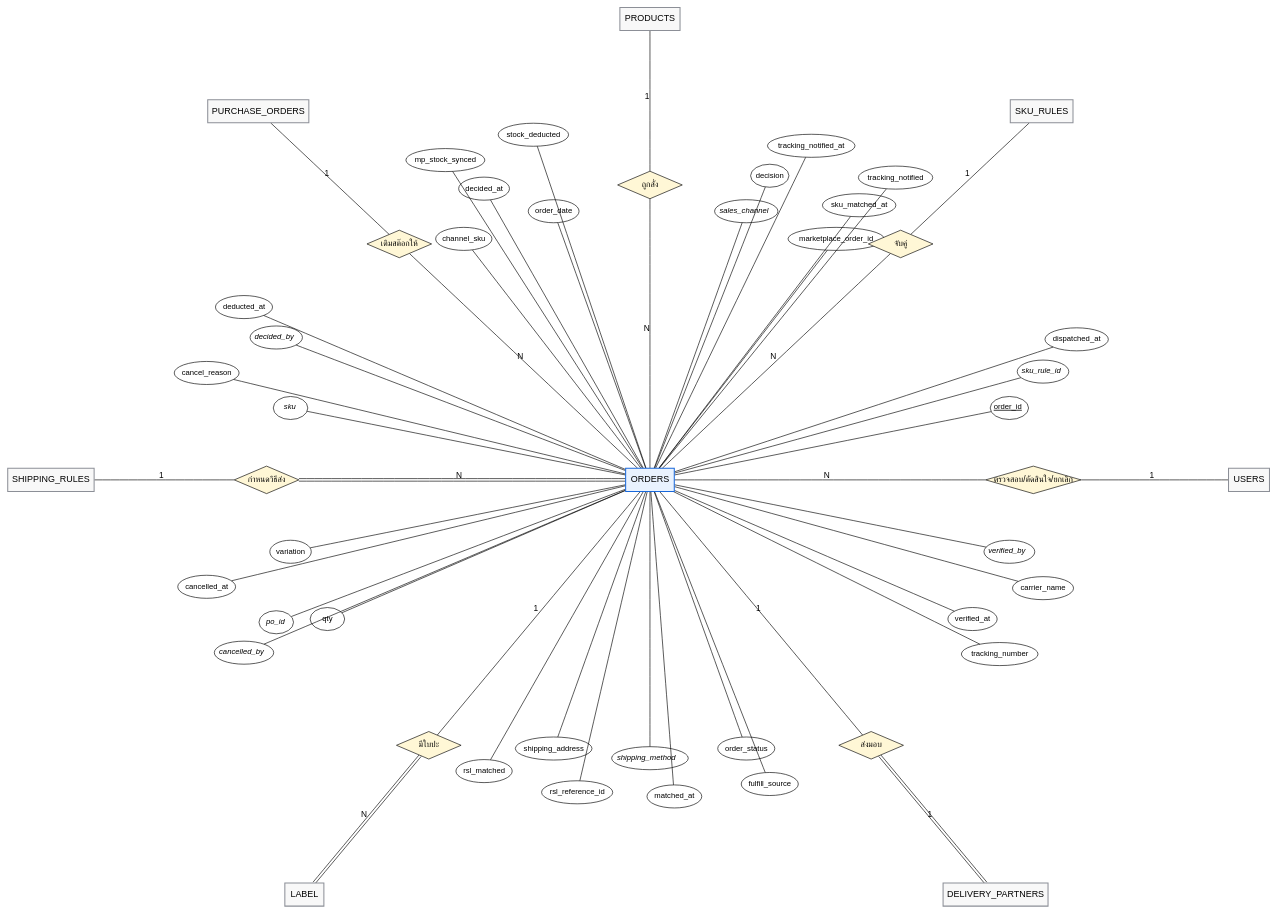
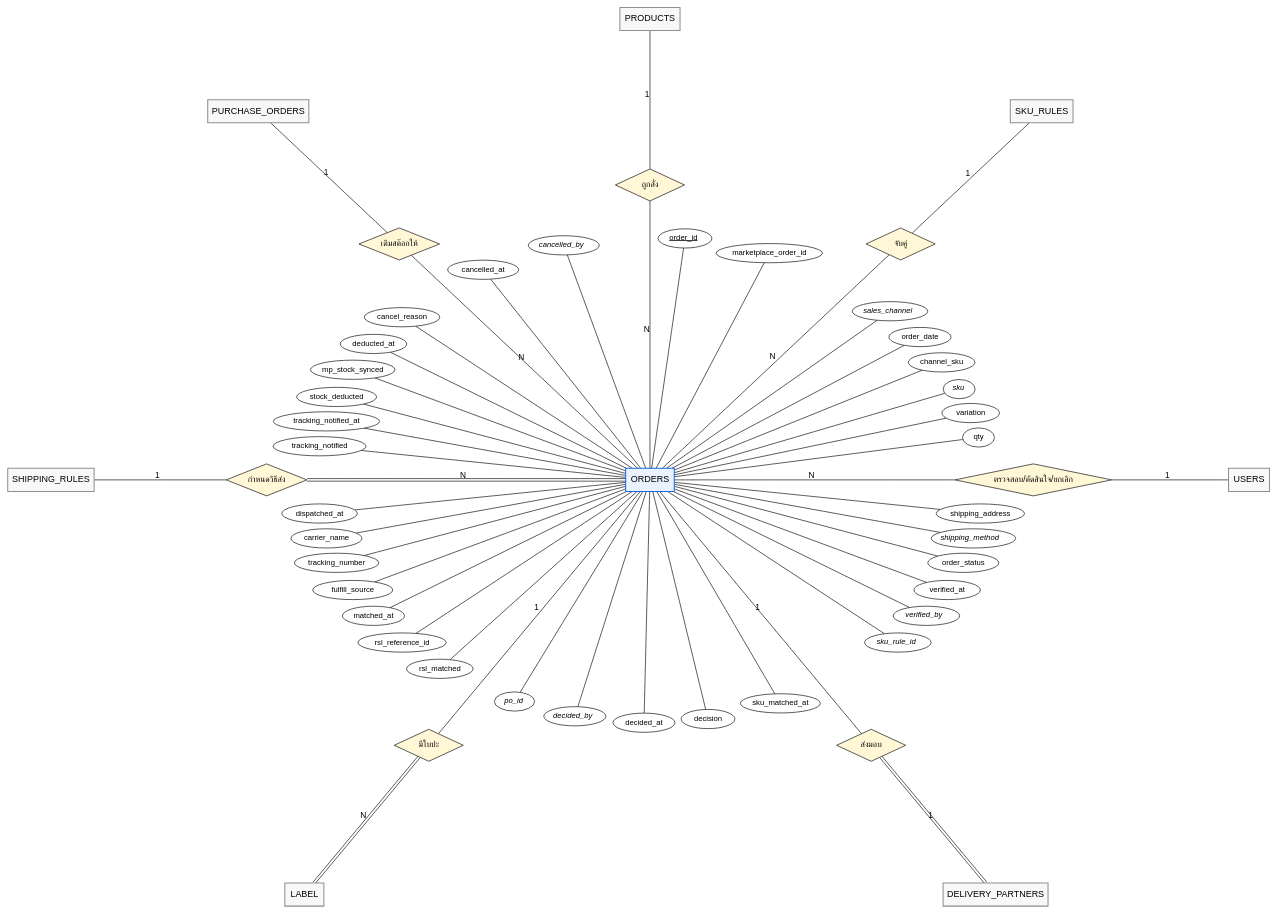
Before and after one commit to xbpkdi/321-sa-proj: the diagram in 04-chapter2-diagrams-database/diagrams/src/er-1.dot, drawn with Graphviz. The commit also changed 30 other files, not shown here.

Commit message:
docs: stop er attributes overlapping, split state and class diagrams

```diff
--- a/04-chapter2-diagrams-database/diagrams/src/er-1.dot
+++ b/04-chapter2-diagrams-database/diagrams/src/er-1.dot
@@ -1,101 +1,101 @@
 graph ER {
   layout=neato; overlap=true; splines=line; outputorder=edgesfirst;
   node [fontname="Helvetica", fontsize=14]; edge [fontname="Helvetica", fontsize=13];
+  "rel0" [pos="0.00,6.40!", shape=diamond, style=filled, fillcolor="#fff7d6", label="ถูกสั่ง", fontsize=13, fixedsize=true, width=1.50, height=0.7];
+  "products" -- "rel0" [label="1"];
+  "rel0" -- "orders" [label="N"];
+  "rel1" [pos="5.44,5.12!", shape=diamond, style=filled, fillcolor="#fff7d6", label="จับคู่", fontsize=13, fixedsize=true, width=1.50, height=0.7];
+  "sku_rules" -- "rel1" [label="1"];
+  "rel1" -- "orders" [label="N"];
+  "rel2" [pos="-5.44,5.12!", shape=diamond, style=filled, fillcolor="#fff7d6", label="เติมสต๊อกให้", fontsize=13, fixedsize=true, width=1.75, height=0.7];
+  "purchase_orders" -- "rel2" [label="1"];
+  "rel2" -- "orders" [label="N"];
+  "rel3" [pos="-8.32,0.00!", shape=diamond, style=filled, fillcolor="#fff7d6", label="กำหนดวิธีส่ง", fontsize=13, fixedsize=true, width=1.75, height=0.7];
+  "shipping_rules" -- "rel3" [label="1"];
+  "rel3" -- "orders" [label="N", color="black:invis:black"];
+  "rel4" [pos="8.32,0.00!", shape=diamond, style=filled, fillcolor="#fff7d6", label="ตรวจสอบ/ตัดสินใจ/ยกเลิก", fontsize=13, fixedsize=true, width=3.40, height=0.7];
+  "users" -- "rel4" [label="1"];
+  "rel4" -- "orders" [label="N"];
+  "rel5" [pos="-4.80,-5.76!", shape=diamond, style=filled, fillcolor="#fff7d6", label="มีใบปะ", fontsize=13, fixedsize=true, width=1.50, height=0.7];
+  "orders" -- "rel5" [label="1"];
+  "rel5" -- "label" [label="N", color="black:invis:black"];
+  "rel6" [pos="4.80,-5.76!", shape=diamond, style=filled, fillcolor="#fff7d6", label="ส่งมอบ", fontsize=13, fixedsize=true, width=1.50, height=0.7];
+  "orders" -- "rel6" [label="1"];
+  "rel6" -- "delivery_partners" [label="1", color="black:invis:black"];
   "users" [pos="13.00,0.00!", shape=box, style="filled", fillcolor="#f8f8f8", color="#8c8f97", penwidth=1.6, label="USERS"];
   "products" [pos="0.00,10.00!", shape=box, style="filled", fillcolor="#f8f8f8", color="#8c8f97", penwidth=1.6, label="PRODUCTS"];
   "sku_rules" [pos="8.50,8.00!", shape=box, style="filled", fillcolor="#f8f8f8", color="#8c8f97", penwidth=1.6, label="SKU_RULES"];
   "purchase_orders" [pos="-8.50,8.00!", shape=box, style="filled", fillcolor="#f8f8f8", color="#8c8f97", penwidth=1.6, label="PURCHASE_ORDERS"];
   "shipping_rules" [pos="-13.00,0.00!", shape=box, style="filled", fillcolor="#f8f8f8", color="#8c8f97", penwidth=1.6, label="SHIPPING_RULES"];
   "orders" [pos="0.00,0.00!", shape=box, style="filled", fillcolor="#e9f2fe", color="#1868db", penwidth=1.6, label="ORDERS"];
-  "orders.order_id" [pos="7.80,1.56!", shape=ellipse, label=<<u>order_id</u>>, fontsize=12, margin="0.04,0.02"];
+  "orders.order_id" [pos="0.76,5.24!", shape=ellipse, style=filled, fillcolor=white, label=<<u>order_id</u>>, fontsize=12, fixedsize=true, width=1.16, height=0.42];
   "orders" -- "orders.order_id";
-  "orders.marketplace_order_id" [pos="4.04,5.23!", shape=ellipse, label="marketplace_order_id", fontsize=12, margin="0.04,0.02"];
+  "orders.marketplace_order_id" [pos="2.59,4.92!", shape=ellipse, style=filled, fillcolor=white, label="marketplace_order_id", fontsize=12, fixedsize=true, width=2.30, height=0.42];
   "orders" -- "orders.marketplace_order_id";
-  "orders.sales_channel" [pos="2.09,5.83!", shape=ellipse, label=<<i>sales_channel</i>>, fontsize=12, margin="0.04,0.02"];
+  "orders.sales_channel" [pos="5.21,3.66!", shape=ellipse, style=filled, fillcolor=white, label=<<i>sales_channel</i>>, fontsize=12, fixedsize=true, width=1.64, height=0.42];
   "orders" -- "orders.sales_channel";
-  "orders.order_date" [pos="-2.09,5.83!", shape=ellipse, label="order_date", fontsize=12, margin="0.04,0.02"];
+  "orders.order_date" [pos="5.86,3.10!", shape=ellipse, style=filled, fillcolor=white, label="order_date", fontsize=12, fixedsize=true, width=1.35, height=0.42];
   "orders" -- "orders.order_date";
-  "orders.channel_sku" [pos="-4.04,5.23!", shape=ellipse, label="channel_sku", fontsize=12, margin="0.04,0.02"];
+  "orders.channel_sku" [pos="6.33,2.55!", shape=ellipse, style=filled, fillcolor=white, label="channel_sku", fontsize=12, fixedsize=true, width=1.44, height=0.42];
   "orders" -- "orders.channel_sku";
-  "orders.sku" [pos="-7.80,1.56!", shape=ellipse, label=<<i>sku</i>>, fontsize=12, margin="0.04,0.02"];
+  "orders.sku" [pos="6.71,1.97!", shape=ellipse, style=filled, fillcolor=white, label=<<i>sku</i>>, fontsize=12, fixedsize=true, width=0.69, height=0.42];
   "orders" -- "orders.sku";
-  "orders.variation" [pos="-7.80,-1.56!", shape=ellipse, label="variation", fontsize=12, margin="0.04,0.02"];
+  "orders.variation" [pos="6.96,1.45!", shape=ellipse, style=filled, fillcolor=white, label="variation", fontsize=12, fixedsize=true, width=1.25, height=0.42];
   "orders" -- "orders.variation";
-  "orders.qty" [pos="-7.00,-3.02!", shape=ellipse, label="qty", fontsize=12, margin="0.04,0.02"];
+  "orders.qty" [pos="7.13,0.92!", shape=ellipse, style=filled, fillcolor=white, label="qty", fontsize=12, fixedsize=true, width=0.69, height=0.42];
   "orders" -- "orders.qty";
-  "orders.shipping_address" [pos="-2.09,-5.83!", shape=ellipse, label="shipping_address", fontsize=12, margin="0.04,0.02"];
+  "orders.shipping_address" [pos="7.17,-0.73!", shape=ellipse, style=filled, fillcolor=white, label="shipping_address", fontsize=12, fixedsize=true, width=1.92, height=0.42];
   "orders" -- "orders.shipping_address";
-  "orders.shipping_method" [pos="-0.00,-6.04!", shape=ellipse, label=<<i>shipping_method</i>>, fontsize=12, margin="0.04,0.02"];
+  "orders.shipping_method" [pos="7.02,-1.27!", shape=ellipse, style=filled, fillcolor=white, label=<<i>shipping_method</i>>, fontsize=12, fixedsize=true, width=1.83, height=0.42];
   "orders" -- "orders.shipping_method";
-  "orders.order_status" [pos="2.09,-5.83!", shape=ellipse, label="order_status", fontsize=12, margin="0.04,0.02"];
+  "orders.order_status" [pos="6.80,-1.80!", shape=ellipse, style=filled, fillcolor=white, label="order_status", fontsize=12, fixedsize=true, width=1.54, height=0.42];
   "orders" -- "orders.order_status";
-  "orders.verified_at" [pos="7.00,-3.02!", shape=ellipse, label="verified_at", fontsize=12, margin="0.04,0.02"];
+  "orders.verified_at" [pos="6.45,-2.39!", shape=ellipse, style=filled, fillcolor=white, label="verified_at", fontsize=12, fixedsize=true, width=1.44, height=0.42];
   "orders" -- "orders.verified_at";
-  "orders.verified_by" [pos="7.80,-1.56!", shape=ellipse, label=<<i>verified_by</i>>, fontsize=12, margin="0.04,0.02"];
+  "orders.verified_by" [pos="6.00,-2.95!", shape=ellipse, style=filled, fillcolor=white, label=<<i>verified_by</i>>, fontsize=12, fixedsize=true, width=1.44, height=0.42];
   "orders" -- "orders.verified_by";
-  "orders.sku_rule_id" [pos="8.53,2.35!", shape=ellipse, label=<<i>sku_rule_id</i>>, fontsize=12, margin="0.04,0.02"];
+  "orders.sku_rule_id" [pos="5.38,-3.53!", shape=ellipse, style=filled, fillcolor=white, label=<<i>sku_rule_id</i>>, fontsize=12, fixedsize=true, width=1.44, height=0.42];
   "orders" -- "orders.sku_rule_id";
-  "orders.sku_matched_at" [pos="4.54,5.96!", shape=ellipse, label="sku_matched_at", fontsize=12, margin="0.04,0.02"];
+  "orders.sku_matched_at" [pos="2.83,-4.85!", shape=ellipse, style=filled, fillcolor=white, label="sku_matched_at", fontsize=12, fixedsize=true, width=1.73, height=0.42];
   "orders" -- "orders.sku_matched_at";
-  "orders.decision" [pos="2.60,6.60!", shape=ellipse, label="decision", fontsize=12, margin="0.04,0.02"];
+  "orders.decision" [pos="1.26,-5.19!", shape=ellipse, style=filled, fillcolor=white, label="decision", fontsize=12, fixedsize=true, width=1.16, height=0.42];
   "orders" -- "orders.decision";
-  "orders.decided_at" [pos="-3.60,6.32!", shape=ellipse, label="decided_at", fontsize=12, margin="0.04,0.02"];
+  "orders.decided_at" [pos="-0.13,-5.27!", shape=ellipse, style=filled, fillcolor=white, label="decided_at", fontsize=12, fixedsize=true, width=1.35, height=0.42];
   "orders" -- "orders.decided_at";
-  "orders.decided_by" [pos="-8.11,3.09!", shape=ellipse, label=<<i>decided_by</i>>, fontsize=12, margin="0.04,0.02"];
+  "orders.decided_by" [pos="-1.63,-5.13!", shape=ellipse, style=filled, fillcolor=white, label=<<i>decided_by</i>>, fontsize=12, fixedsize=true, width=1.35, height=0.42];
   "orders" -- "orders.decided_by";
-  "orders.po_id" [pos="-8.11,-3.09!", shape=ellipse, label=<<i>po_id</i>>, fontsize=12, margin="0.04,0.02"];
+  "orders.po_id" [pos="-2.94,-4.81!", shape=ellipse, style=filled, fillcolor=white, label=<<i>po_id</i>>, fontsize=12, fixedsize=true, width=0.88, height=0.42];
   "orders" -- "orders.po_id";
-  "orders.rsl_matched" [pos="-3.60,-6.32!", shape=ellipse, label="rsl_matched", fontsize=12, margin="0.04,0.02"];
+  "orders.rsl_matched" [pos="-4.56,-4.10!", shape=ellipse, style=filled, fillcolor=white, label="rsl_matched", fontsize=12, fixedsize=true, width=1.44, height=0.42];
   "orders" -- "orders.rsl_matched";
-  "orders.rsl_reference_id" [pos="-1.58,-6.78!", shape=ellipse, label="rsl_reference_id", fontsize=12, margin="0.04,0.02"];
+  "orders.rsl_reference_id" [pos="-5.38,-3.53!", shape=ellipse, style=filled, fillcolor=white, label="rsl_reference_id", fontsize=12, fixedsize=true, width=1.92, height=0.42];
   "orders" -- "orders.rsl_reference_id";
-  "orders.matched_at" [pos="0.53,-6.87!", shape=ellipse, label="matched_at", fontsize=12, margin="0.04,0.02"];
+  "orders.matched_at" [pos="-6.00,-2.95!", shape=ellipse, style=filled, fillcolor=white, label="matched_at", fontsize=12, fixedsize=true, width=1.35, height=0.42];
   "orders" -- "orders.matched_at";
-  "orders.fulfill_source" [pos="2.60,-6.60!", shape=ellipse, label="fulfill_source", fontsize=12, margin="0.04,0.02"];
+  "orders.fulfill_source" [pos="-6.45,-2.39!", shape=ellipse, style=filled, fillcolor=white, label="fulfill_source", fontsize=12, fixedsize=true, width=1.73, height=0.42];
   "orders" -- "orders.fulfill_source";
-  "orders.tracking_number" [pos="7.59,-3.78!", shape=ellipse, label="tracking_number", fontsize=12, margin="0.04,0.02"];
+  "orders.tracking_number" [pos="-6.80,-1.80!", shape=ellipse, style=filled, fillcolor=white, label="tracking_number", fontsize=12, fixedsize=true, width=1.83, height=0.42];
   "orders" -- "orders.tracking_number";
-  "orders.carrier_name" [pos="8.53,-2.35!", shape=ellipse, label="carrier_name", fontsize=12, margin="0.04,0.02"];
+  "orders.carrier_name" [pos="-7.02,-1.27!", shape=ellipse, style=filled, fillcolor=white, label="carrier_name", fontsize=12, fixedsize=true, width=1.54, height=0.42];
   "orders" -- "orders.carrier_name";
-  "orders.dispatched_at" [pos="9.26,3.05!", shape=ellipse, label="dispatched_at", fontsize=12, margin="0.04,0.02"];
+  "orders.dispatched_at" [pos="-7.17,-0.73!", shape=ellipse, style=filled, fillcolor=white, label="dispatched_at", fontsize=12, fixedsize=true, width=1.64, height=0.42];
   "orders" -- "orders.dispatched_at";
-  "orders.tracking_notified" [pos="5.33,6.56!", shape=ellipse, label="tracking_notified", fontsize=12, margin="0.04,0.02"];
+  "orders.tracking_notified" [pos="-7.17,0.73!", shape=ellipse, style=filled, fillcolor=white, label="tracking_notified", fontsize=12, fixedsize=true, width=2.02, height=0.42];
   "orders" -- "orders.tracking_notified";
-  "orders.tracking_notified_at" [pos="3.50,7.25!", shape=ellipse, label="tracking_notified_at", fontsize=12, margin="0.04,0.02"];
+  "orders.tracking_notified_at" [pos="-7.02,1.27!", shape=ellipse, style=filled, fillcolor=white, label="tracking_notified_at", fontsize=12, fixedsize=true, width=2.30, height=0.42];
   "orders" -- "orders.tracking_notified_at";
-  "orders.stock_deducted" [pos="-2.53,7.49!", shape=ellipse, label="stock_deducted", fontsize=12, margin="0.04,0.02"];
+  "orders.stock_deducted" [pos="-6.80,1.80!", shape=ellipse, style=filled, fillcolor=white, label="stock_deducted", fontsize=12, fixedsize=true, width=1.73, height=0.42];
   "orders" -- "orders.stock_deducted";
-  "orders.mp_stock_synced" [pos="-4.44,6.94!", shape=ellipse, label="mp_stock_synced", fontsize=12, margin="0.04,0.02"];
+  "orders.mp_stock_synced" [pos="-6.45,2.39!", shape=ellipse, style=filled, fillcolor=white, label="mp_stock_synced", fontsize=12, fixedsize=true, width=1.83, height=0.42];
   "orders" -- "orders.mp_stock_synced";
-  "orders.deducted_at" [pos="-8.81,3.75!", shape=ellipse, label="deducted_at", fontsize=12, margin="0.04,0.02"];
+  "orders.deducted_at" [pos="-6.00,2.95!", shape=ellipse, style=filled, fillcolor=white, label="deducted_at", fontsize=12, fixedsize=true, width=1.44, height=0.42];
   "orders" -- "orders.deducted_at";
-  "orders.cancel_reason" [pos="-9.62,2.32!", shape=ellipse, label="cancel_reason", fontsize=12, margin="0.04,0.02"];
+  "orders.cancel_reason" [pos="-5.38,3.53!", shape=ellipse, style=filled, fillcolor=white, label="cancel_reason", fontsize=12, fixedsize=true, width=1.64, height=0.42];
   "orders" -- "orders.cancel_reason";
-  "orders.cancelled_at" [pos="-9.62,-2.32!", shape=ellipse, label="cancelled_at", fontsize=12, margin="0.04,0.02"];
+  "orders.cancelled_at" [pos="-3.62,4.56!", shape=ellipse, style=filled, fillcolor=white, label="cancelled_at", fontsize=12, fixedsize=true, width=1.54, height=0.42];
   "orders" -- "orders.cancelled_at";
-  "orders.cancelled_by" [pos="-8.81,-3.75!", shape=ellipse, label=<<i>cancelled_by</i>>, fontsize=12, margin="0.04,0.02"];
+  "orders.cancelled_by" [pos="-1.87,5.09!", shape=ellipse, style=filled, fillcolor=white, label=<<i>cancelled_by</i>>, fontsize=12, fixedsize=true, width=1.54, height=0.42];
   "orders" -- "orders.cancelled_by";
   "label" [pos="-7.50,-9.00!", shape=box, style="filled", fillcolor="#f8f8f8", color="#8c8f97", penwidth=1.6, label="LABEL"];
   "delivery_partners" [pos="7.50,-9.00!", shape=box, style="filled", fillcolor="#f8f8f8", color="#8c8f97", penwidth=1.6, label="DELIVERY_PARTNERS"];
-  "rel0" [pos="0.00,6.40!", shape=diamond, style=filled, fillcolor="#fff7d6", label="ถูกสั่ง", fontsize=13, fixedsize=true, width=1.40, height=0.6];
-  "products" -- "rel0" [label="1"];
-  "rel0" -- "orders" [label="N"];
-  "rel1" [pos="5.44,5.12!", shape=diamond, style=filled, fillcolor="#fff7d6", label="จับคู่", fontsize=13, fixedsize=true, width=1.40, height=0.6];
-  "sku_rules" -- "rel1" [label="1"];
-  "rel1" -- "orders" [label="N"];
-  "rel2" [pos="-5.44,5.12!", shape=diamond, style=filled, fillcolor="#fff7d6", label="เติมสต๊อกให้", fontsize=13, fixedsize=true, width=1.40, height=0.6];
-  "purchase_orders" -- "rel2" [label="1"];
-  "rel2" -- "orders" [label="N"];
-  "rel3" [pos="-8.32,0.00!", shape=diamond, style=filled, fillcolor="#fff7d6", label="กำหนดวิธีส่ง", fontsize=13, fixedsize=true, width=1.40, height=0.6];
-  "shipping_rules" -- "rel3" [label="1"];
-  "rel3" -- "orders" [label="N", color="black:invis:black"];
-  "rel4" [pos="8.32,0.00!", shape=diamond, style=filled, fillcolor="#fff7d6", label="ตรวจสอบ/ตัดสินใจ/ยกเลิก", fontsize=13, fixedsize=true, width=2.07, height=0.6];
-  "users" -- "rel4" [label="1"];
-  "rel4" -- "orders" [label="N"];
-  "rel5" [pos="-4.80,-5.76!", shape=diamond, style=filled, fillcolor="#fff7d6", label="มีใบปะ", fontsize=13, fixedsize=true, width=1.40, height=0.6];
-  "orders" -- "rel5" [label="1"];
-  "rel5" -- "label" [label="N", color="black:invis:black"];
-  "rel6" [pos="4.80,-5.76!", shape=diamond, style=filled, fillcolor="#fff7d6", label="ส่งมอบ", fontsize=13, fixedsize=true, width=1.40, height=0.6];
-  "orders" -- "rel6" [label="1"];
-  "rel6" -- "delivery_partners" [label="1", color="black:invis:black"];
 }
```
